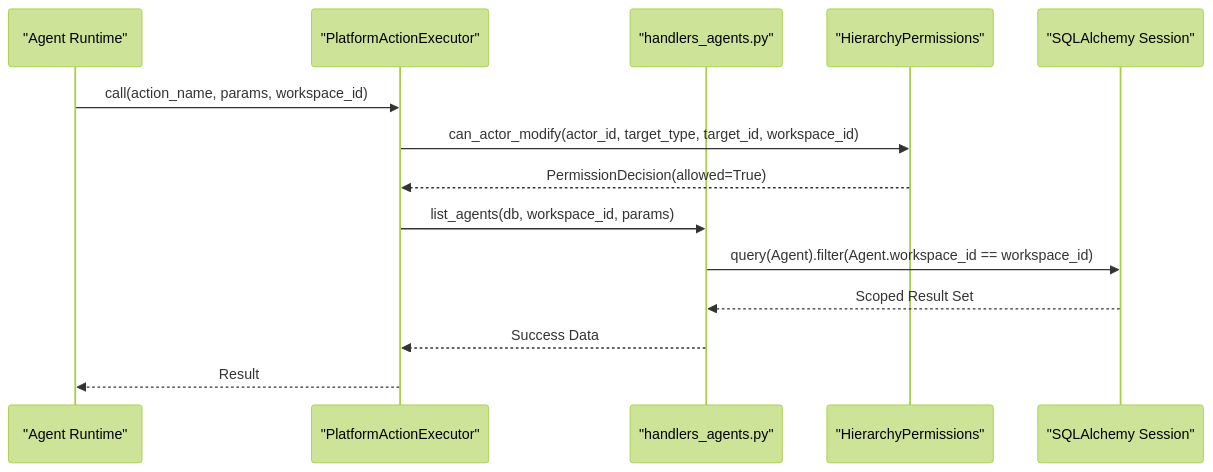
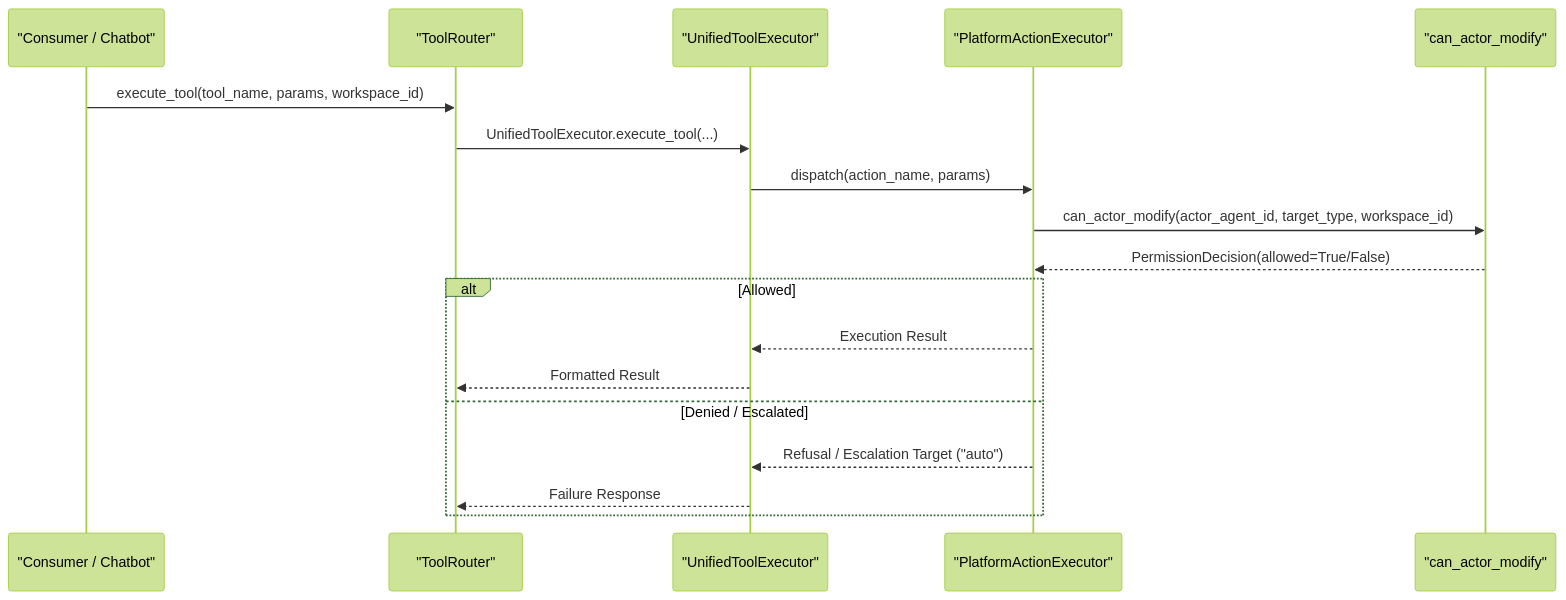
The second of 2 diagrams in docs/tools-integrations/permission-validation-system.md (AutomatosAI/automatos-ai), drawn with Mermaid (forest theme) before and after one commit. The commit also changed other lines of this file and 191 other files, not shown here.

````diff
--- a/docs/tools-integrations/permission-validation-system.md
+++ b/docs/tools-integrations/permission-validation-system.md
@@ -143,17 +117,21 @@
 ```mermaid
 sequenceDiagram
-    participant Agent as "Agent Runtime"
+    participant Caller as "Consumer / Chatbot"
+    participant Router as "ToolRouter"
+    participant UniExec as "UnifiedToolExecutor"
     participant PlatExec as "PlatformActionExecutor"
-    participant Handler as "handlers_agents.py"
-    participant Hierarchy as "HierarchyPermissions"
-    participant DB as "SQLAlchemy Session"
+    participant Hierarchy as "can_actor_modify"
 
-    Agent->>PlatExec: call(action_name, params, workspace_id)
-    PlatExec->>Hierarchy: can_actor_modify(actor_id, target_type, target_id, workspace_id)
-    Hierarchy-->>PlatExec: PermissionDecision(allowed=True)
-    PlatExec->>Handler: list_agents(db, workspace_id, params)
-    Handler->>DB: query(Agent).filter(Agent.workspace_id == workspace_id)
-    DB-->>Handler: Scoped Result Set
-    Handler-->>PlatExec: Success Data
-    PlatExec-->>Agent: Result
+    Caller->>Router: execute_tool(tool_name, params, workspace_id)
+    Router->>UniExec: UnifiedToolExecutor.execute_tool(...)
+    UniExec->>PlatExec: dispatch(action_name, params)
+    PlatExec->>Hierarchy: can_actor_modify(actor_agent_id, target_type, workspace_id)
+    Hierarchy-->>PlatExec: PermissionDecision(allowed=True/False)
+    alt Allowed
+        PlatExec-->>UniExec: Execution Result
+        UniExec-->>Router: Formatted Result
+    else Denied / Escalated
+        PlatExec-->>UniExec: Refusal / Escalation Target ("auto")
+        UniExec-->>Router: Failure Response
+    end
 ```
````
